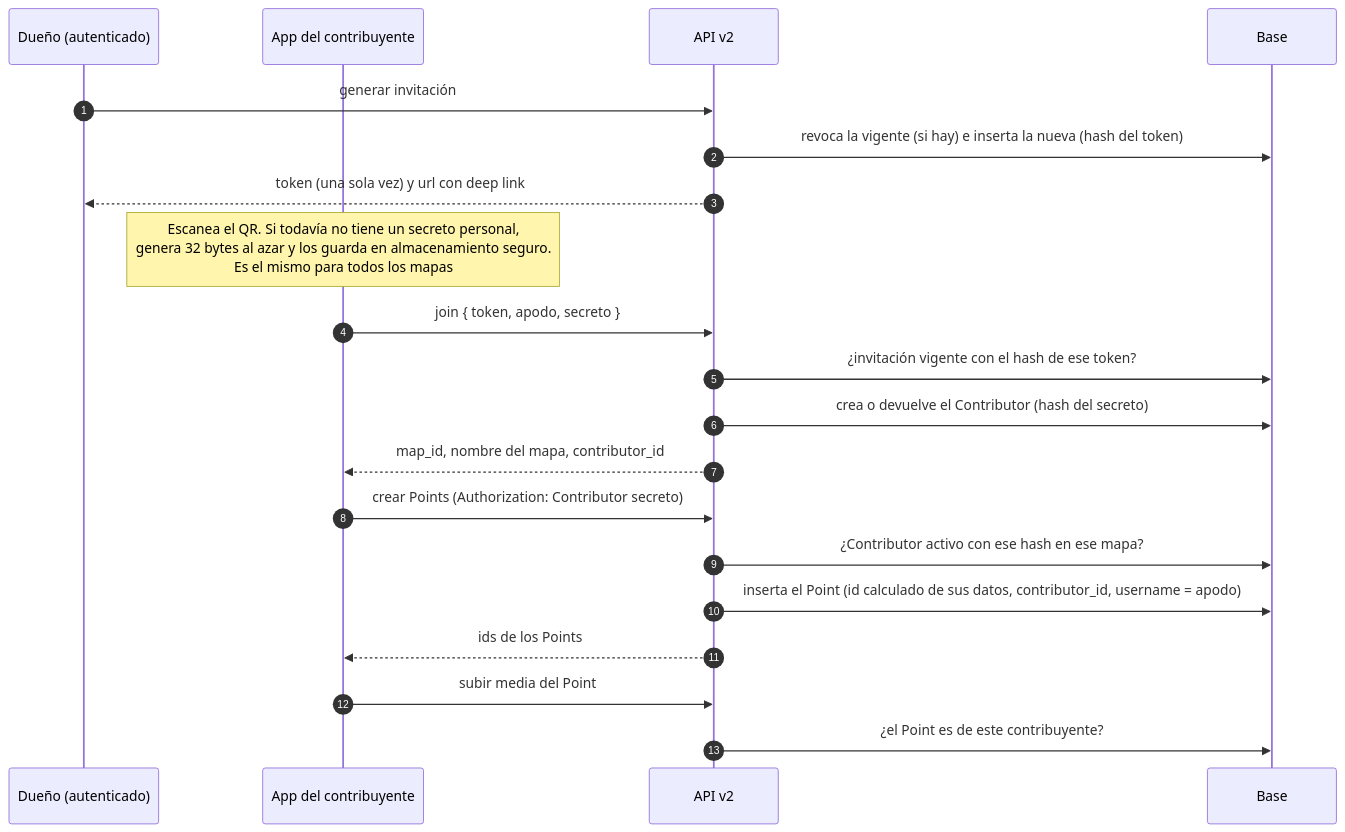
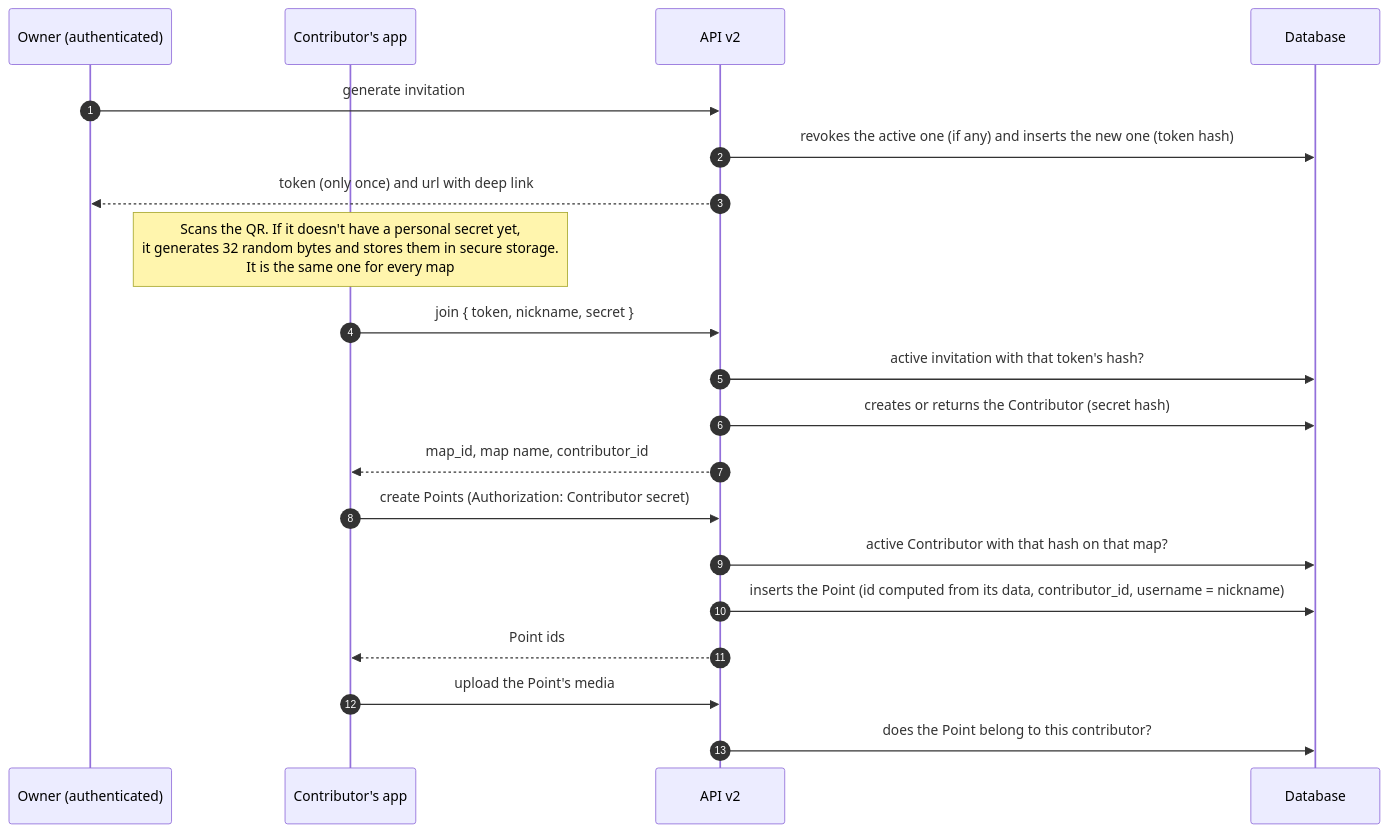
One commit to hotosm/chatmap changed the fourth of 4 diagrams in docs/how-it-works/map_contributions.md. Above: the diagram before and after it, drawn with Mermaid. The commit also changed other lines of this file and 8 other files, not shown here.

````diff
--- a/docs/how-it-works/map_contributions.md
+++ b/docs/how-it-works/map_contributions.md
@@ -195,26 +193,26 @@
 ```mermaid
 sequenceDiagram
     autonumber
-    participant D as Dueño (autenticado)
-    participant C as App del contribuyente
+    participant D as Owner (authenticated)
+    participant C as Contributor's app
     participant A as API v2
-    participant B as Base
+    participant B as Database
 
-    D->>A: generar invitación
-    A->>B: revoca la vigente (si hay) e inserta la nueva (hash del token)
-    A-->>D: token (una sola vez) y url con deep link
+    D->>A: generate invitation
+    A->>B: revokes the active one (if any) and inserts the new one (token hash)
+    A-->>D: token (only once) and url with deep link
 
-    Note over C: Escanea el QR. Si todavía no tiene un secreto personal,<br/>genera 32 bytes al azar y los guarda en almacenamiento seguro.<br/>Es el mismo para todos los mapas
-    C->>A: join { token, apodo, secreto }
-    A->>B: ¿invitación vigente con el hash de ese token?
-    A->>B: crea o devuelve el Contributor (hash del secreto)
-    A-->>C: map_id, nombre del mapa, contributor_id
+    Note over C: Scans the QR. If it doesn't have a personal secret yet,<br/>it generates 32 random bytes and stores them in secure storage.<br/>It is the same one for every map
+    C->>A: join { token, nickname, secret }
+    A->>B: active invitation with that token's hash?
+    A->>B: creates or returns the Contributor (secret hash)
+    A-->>C: map_id, map name, contributor_id
 
-    C->>A: crear Points (Authorization: Contributor secreto)
-    A->>B: ¿Contributor activo con ese hash en ese mapa?
-    A->>B: inserta el Point (id calculado de sus datos, contributor_id, username = apodo)
-    A-->>C: ids de los Points
+    C->>A: create Points (Authorization: Contributor secret)
+    A->>B: active Contributor with that hash on that map?
+    A->>B: inserts the Point (id computed from its data, contributor_id, username = nickname)
+    A-->>C: Point ids
 
-    C->>A: subir media del Point
-    A->>B: ¿el Point es de este contribuyente?
+    C->>A: upload the Point's media
+    A->>B: does the Point belong to this contributor?
 ```
````
